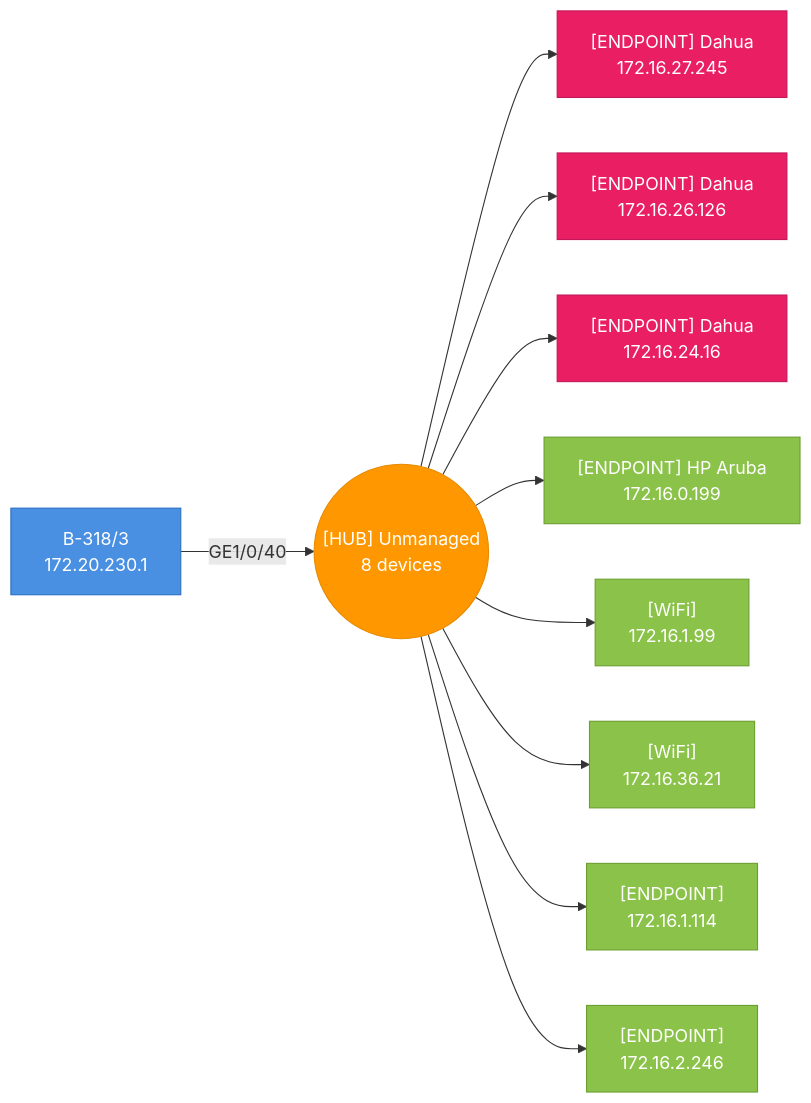
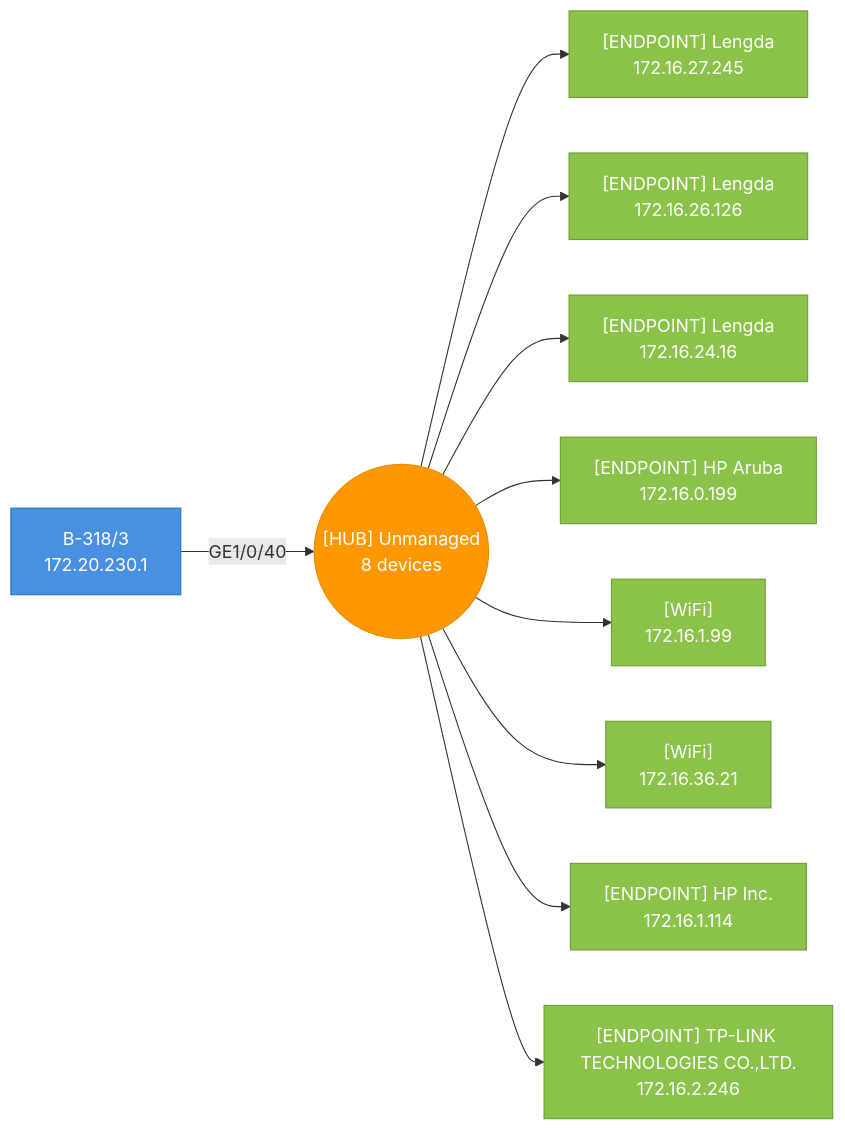
Diagram 14 of 47 in testdata/golden/audit_default.md (djamic/LLDP-Skanner-Go), drawn with Mermaid before and after one commit. The commit also changed other lines of this file and 16 other files, not shown here.

````diff
--- a/testdata/golden/audit_default.md
+++ b/testdata/golden/audit_default.md
@@ -1829,32 +1819,32 @@
 ```mermaid
 graph LR
   hub_4caea3a2182c_p40(("[HUB] Unmanaged<br>8 devices"))
   4caea3a2182c["B-318/3<br>172.20.230.1"]
   4caea3a2182c-- "GE1/0/40" -->hub_4caea3a2182c_p40
   style 4caea3a2182c fill:#4A90E2,stroke:#2A6FC2,color:#fff
-  002381549be2["[ENDPOINT] Dahua<br>172.16.27.245"]
+  002381549be2["[ENDPOINT] Lengda<br>172.16.27.245"]
   hub_4caea3a2182c_p40-->002381549be2
-  style 002381549be2 fill:#E91E63,stroke:#C2185B,color:#fff
-  002381549be5["[ENDPOINT] Dahua<br>172.16.26.126"]
+  style 002381549be2 fill:#8BC34A,stroke:#6B9F30,color:#fff
+  002381549be5["[ENDPOINT] Lengda<br>172.16.26.126"]
   hub_4caea3a2182c_p40-->002381549be5
-  style 002381549be5 fill:#E91E63,stroke:#C2185B,color:#fff
-  002381549c03["[ENDPOINT] Dahua<br>172.16.24.16"]
+  style 002381549be5 fill:#8BC34A,stroke:#6B9F30,color:#fff
+  002381549c03["[ENDPOINT] Lengda<br>172.16.24.16"]
   hub_4caea3a2182c_p40-->002381549c03
-  style 002381549c03 fill:#E91E63,stroke:#C2185B,color:#fff
+  style 002381549c03 fill:#8BC34A,stroke:#6B9F30,color:#fff
   004e35cb4f9a["[ENDPOINT] HP Aruba<br>172.16.0.199"]
   hub_4caea3a2182c_p40-->004e35cb4f9a
   style 004e35cb4f9a fill:#8BC34A,stroke:#6B9F30,color:#fff
   4e6d487b43dc["[WiFi]<br>172.16.1.99"]
   hub_4caea3a2182c_p40-->4e6d487b43dc
   style 4e6d487b43dc fill:#8BC34A,stroke:#6B9F30,color:#fff
   667a54eff633["[WiFi]<br>172.16.36.21"]
   hub_4caea3a2182c_p40-->667a54eff633
   style 667a54eff633 fill:#8BC34A,stroke:#6B9F30,color:#fff
-  c01803886bb2["[ENDPOINT]<br>172.16.1.114"]
+  c01803886bb2["[ENDPOINT] HP Inc.<br>172.16.1.114"]
   hub_4caea3a2182c_p40-->c01803886bb2
   style c01803886bb2 fill:#8BC34A,stroke:#6B9F30,color:#fff
-  e4c32adb8931["[ENDPOINT]<br>172.16.2.246"]
+  e4c32adb8931["[ENDPOINT] TP-LINK TECHNOLOGIES CO.,LTD.<br>172.16.2.246"]
   hub_4caea3a2182c_p40-->e4c32adb8931
   style e4c32adb8931 fill:#8BC34A,stroke:#6B9F30,color:#fff
   style hub_4caea3a2182c_p40 fill:#FF9800,stroke:#E68A00,color:#fff
 ```
````
